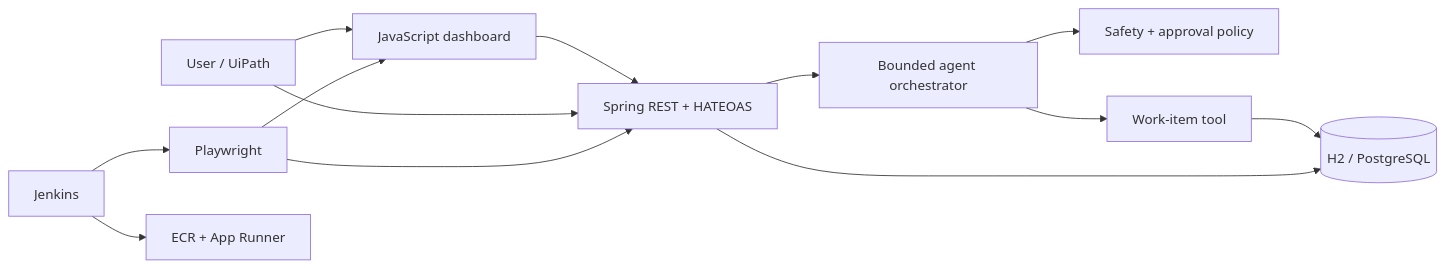
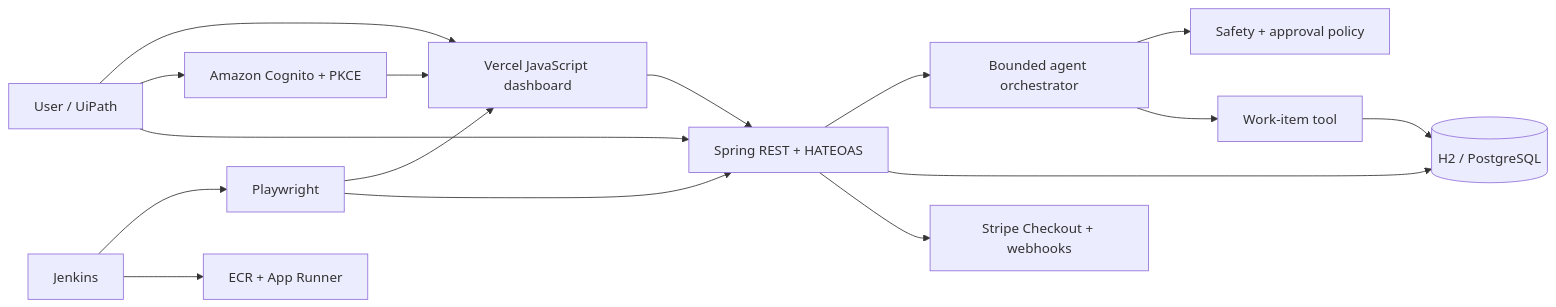
The diagram in README.md (jmmmdv/RequestFlowAI), drawn with Mermaid before and after one commit. The commit also changed other lines of this file and 41 other files, not shown here.

````diff
--- a/README.md
+++ b/README.md
@@ -150,15 +153,18 @@
 ```mermaid
 flowchart LR
-  User["User / UiPath"] --> UI["JavaScript dashboard"]
+  User["User / UiPath"] --> UI["Vercel JavaScript dashboard"]
+  User --> Cognito["Amazon Cognito + PKCE"]
+  Cognito --> UI
   UI --> API["Spring REST + HATEOAS"]
   User --> API
   API --> Agent["Bounded agent orchestrator"]
   Agent --> Policy["Safety + approval policy"]
   Agent --> Tool["Work-item tool"]
   Tool --> DB[("H2 / PostgreSQL")]
   API --> DB
+  API --> Stripe["Stripe Checkout + webhooks"]
   PW["Playwright"] --> UI
   PW --> API
   Jenkins["Jenkins"] --> PW
   Jenkins --> AWS["ECR + App Runner"]
 ```
````
